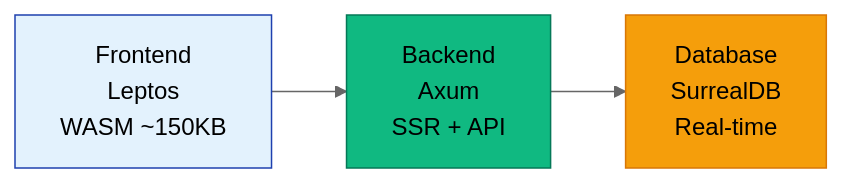
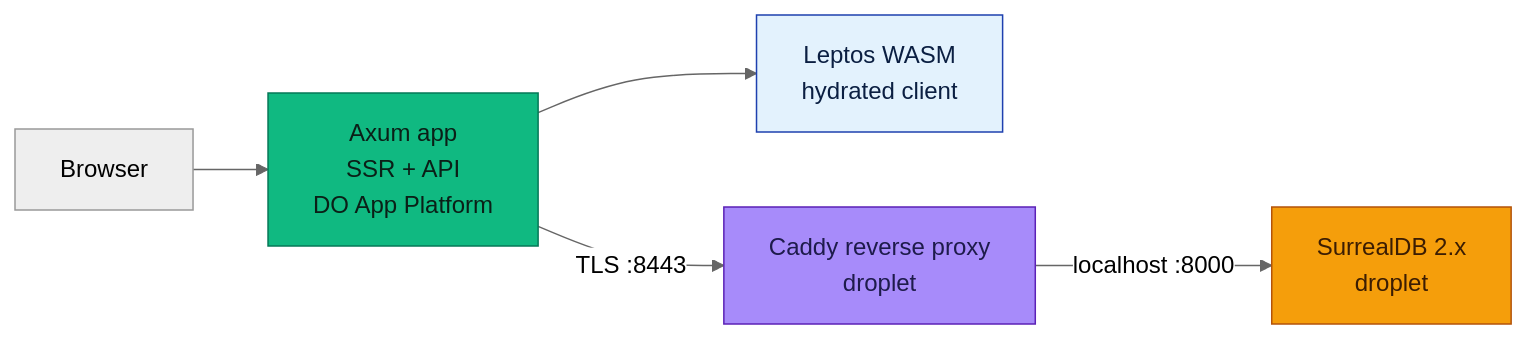
One commit to athola/blog changed the diagram in README.md. Above: the diagram before and after it, drawn with Mermaid (neutral theme). The commit also changed other lines of this file and 4 other files, not shown here.

First line of the commit message:
docs(deployment): reflect Caddy reverse proxy architecture (#64)

````diff
--- a/README.md
+++ b/README.md
@@ -37,9 +61,12 @@
 ```mermaid
 graph LR
-    A[Frontend<br/>Leptos<br/>WASM ~150KB] --> B[Backend<br/>Axum<br/>SSR + API]
-    B --> C[Database<br/>SurrealDB<br/>Real-time]
+    U[Browser] --> APP[Axum app<br/>SSR + API<br/>DO App Platform]
+    APP --> WASM[Leptos WASM<br/>hydrated client]
+    APP -->|TLS :8443| CADDY[Caddy reverse proxy<br/>droplet]
+    CADDY -->|localhost :8000| DB[SurrealDB 2.x<br/>droplet]
 
-    style A fill:#e3f2fd,stroke:#1e40af
-    style B fill:#10b981,stroke:#047857
-    style C fill:#f59e0b,stroke:#d97706
+    style APP fill:#10b981,stroke:#047857,color:#0b1f17
+    style WASM fill:#e3f2fd,stroke:#1e40af,color:#0b1f42
+    style CADDY fill:#a78bfa,stroke:#5b21b6,color:#1e1b4b
+    style DB fill:#f59e0b,stroke:#b45309,color:#3b1d03
 ```
````
